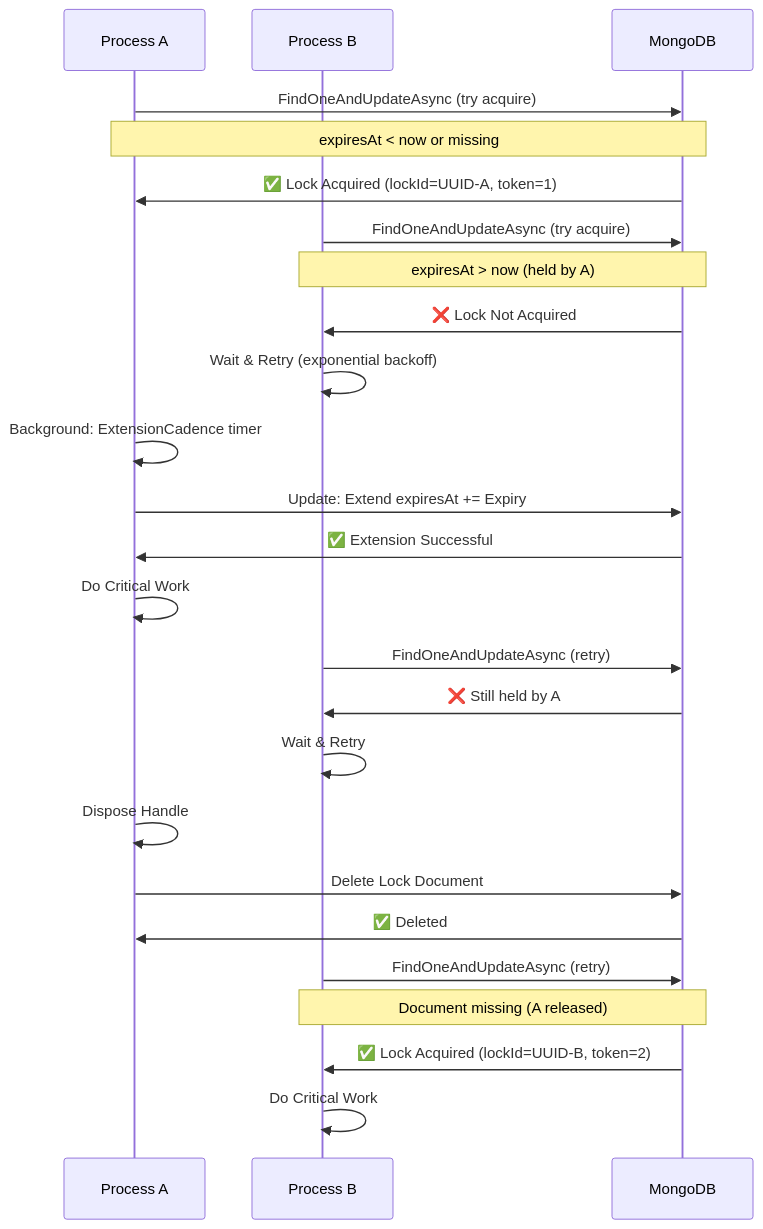
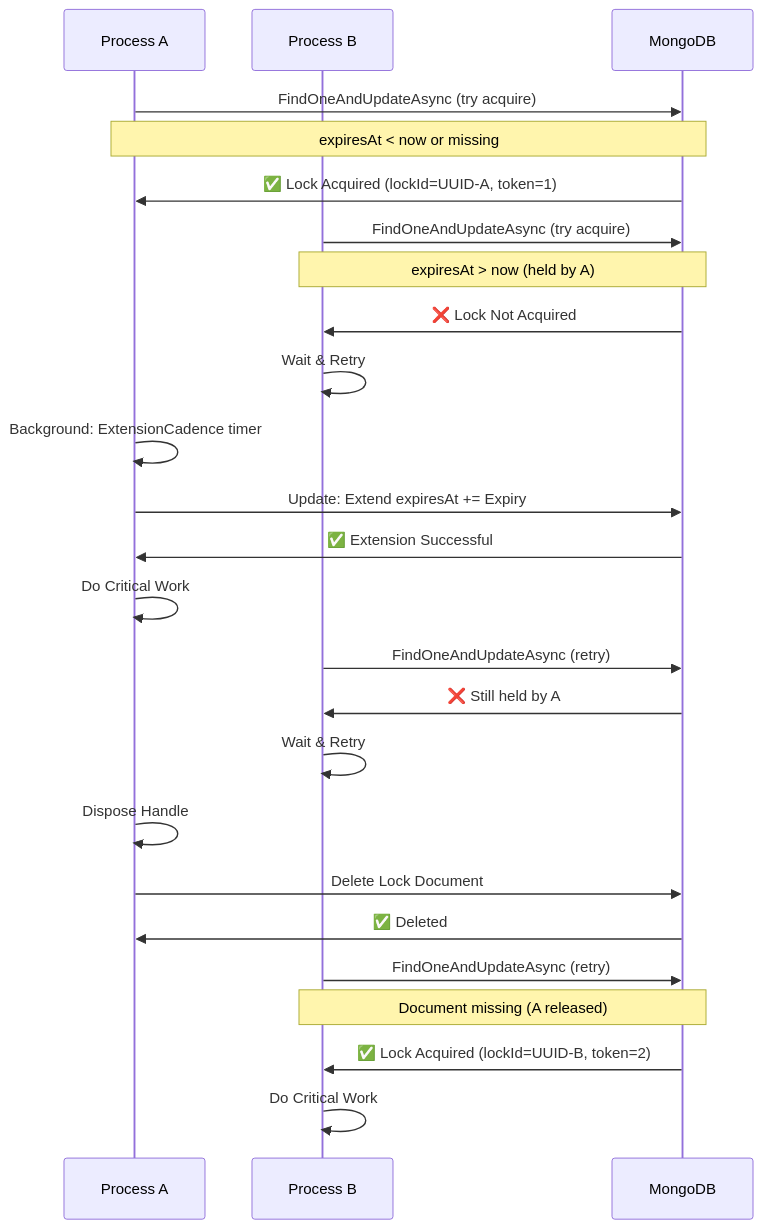
The fifth of 6 diagrams in src/DistributedLock.MongoDB/README.md (madelson/DistributedLock), drawn with Mermaid before and after one commit. The commit also changed other lines of this file, not shown here.

First line of the commit message:
Remove adaptive backoff strategy section from README

````diff
--- a/src/DistributedLock.MongoDB/README.md
+++ b/src/DistributedLock.MongoDB/README.md
@@ -288,35 +288,35 @@
 ```mermaid
 sequenceDiagram
     participant PA as Process A
     participant PB as Process B
     participant DB as MongoDB
 
     PA->>DB: FindOneAndUpdateAsync (try acquire)
     Note over PA,DB: expiresAt < now or missing
     DB->>PA: ✅ Lock Acquired (lockId=UUID-A, token=1)
 
     PB->>DB: FindOneAndUpdateAsync (try acquire)
     Note over PB,DB: expiresAt > now (held by A)
     DB->>PB: ❌ Lock Not Acquired
 
-    PB->>PB: Wait & Retry (exponential backoff)
+    PB->>PB: Wait & Retry
 
     PA->>PA: Background: ExtensionCadence timer
     PA->>DB: Update: Extend expiresAt += Expiry
     DB->>PA: ✅ Extension Successful
 
     PA->>PA: Do Critical Work
 
     PB->>DB: FindOneAndUpdateAsync (retry)
     DB->>PB: ❌ Still held by A
     PB->>PB: Wait & Retry
 
     PA->>PA: Dispose Handle
     PA->>DB: Delete Lock Document
     DB->>PA: ✅ Deleted
 
     PB->>DB: FindOneAndUpdateAsync (retry)
     Note over PB,DB: Document missing (A released)
     DB->>PB: ✅ Lock Acquired (lockId=UUID-B, token=2)
     PB->>PB: Do Critical Work
 ```
````
